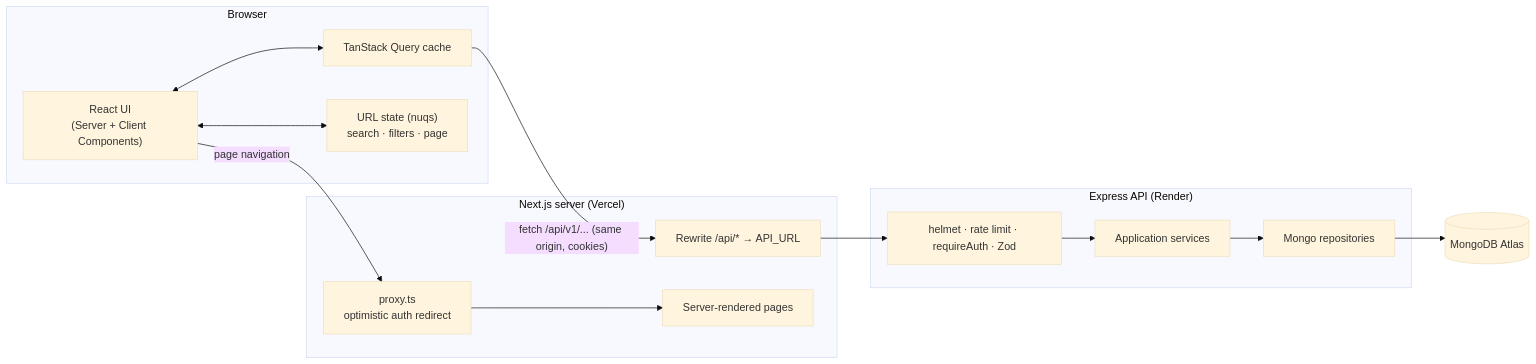
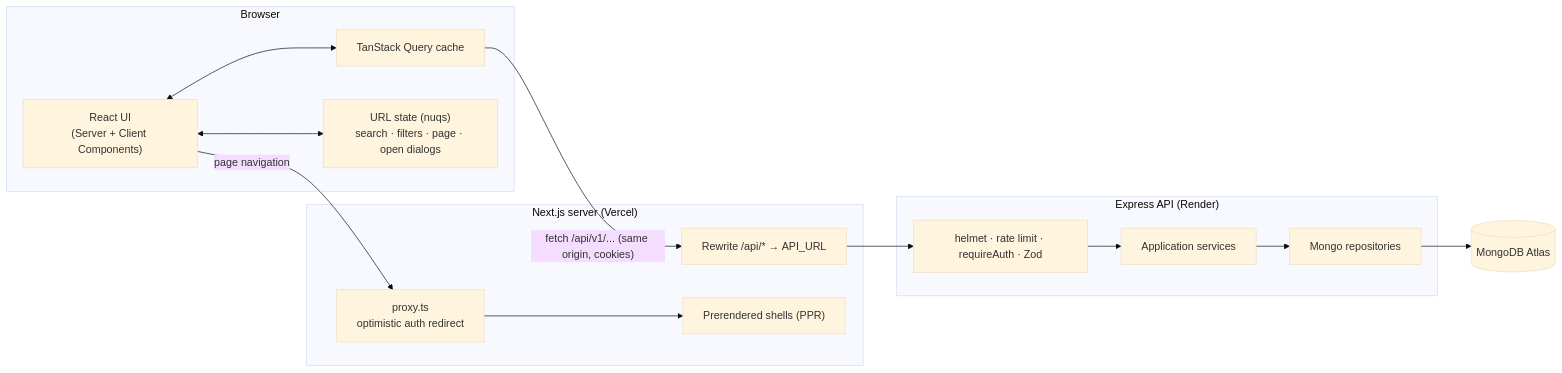
The eighth of 9 diagrams in README.md (SadeeMsr/doctor-tracker-web), drawn with Mermaid (base theme) before and after one commit. The commit also changed other lines of this file and 108 other files, not shown here.

````diff
--- a/README.md
+++ b/README.md
@@ -136,27 +823,27 @@
 ```mermaid
 flowchart LR
     subgraph Browser
         UI["React UI<br/>(Server + Client Components)"]
         RQ["TanStack Query cache"]
-        URL["URL state (nuqs)<br/>search · filters · page"]
+        URL["URL state (nuqs)<br/>search · filters · page · open dialogs"]
     end
 
     subgraph Next["Next.js server (Vercel)"]
         PX["proxy.ts<br/>optimistic auth redirect"]
         RW["Rewrite /api/* → API_URL"]
-        RSC["Server-rendered pages"]
+        RSC["Prerendered shells (PPR)"]
     end
 
     subgraph API["Express API (Render)"]
         MW["helmet · rate limit · requireAuth · Zod"]
         SVC["Application services"]
         REPO["Mongo repositories"]
     end
 
     DB[("MongoDB Atlas")]
 
     UI <--> RQ
     UI <--> URL
     UI -- "page navigation" --> PX --> RSC
     RQ -- "fetch /api/v1/... (same origin, cookies)" --> RW --> MW --> SVC --> REPO --> DB
 ```
````
